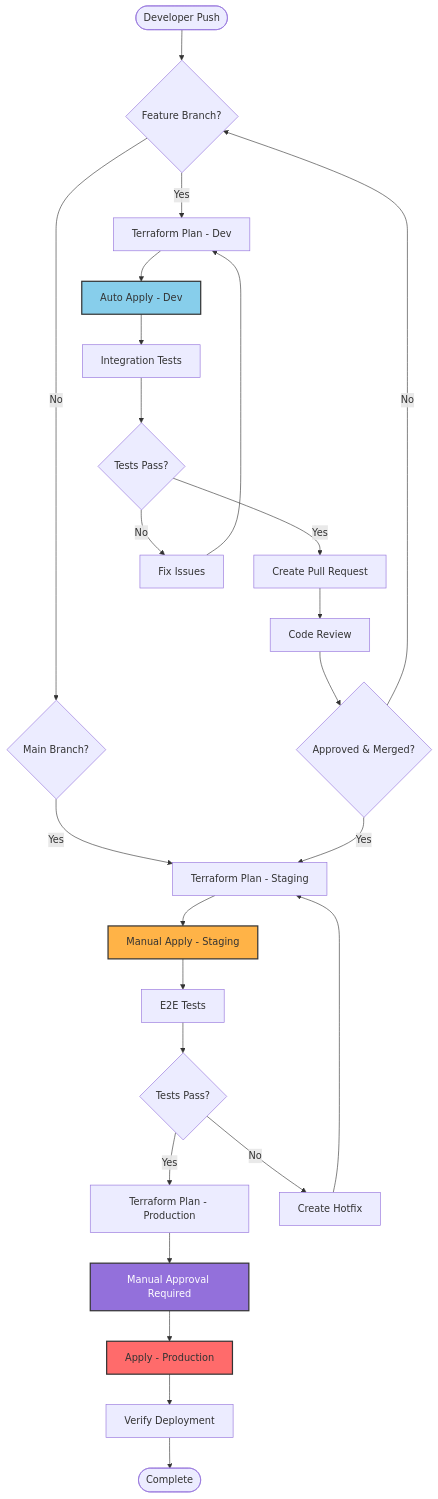
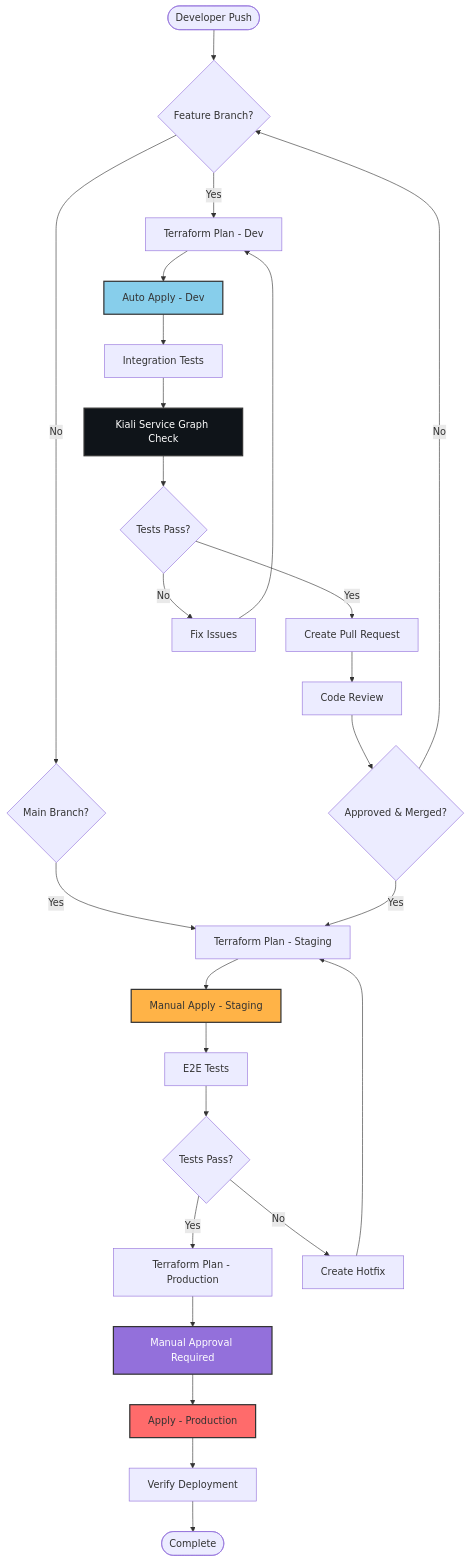
One commit to Saoudyahya/Ecommerce-App-Terraform-config changed the sixth of 9 diagrams in README.md. Above: the diagram before and after it, drawn with Mermaid. The commit also changed other lines of this file, not shown here.

````diff
--- a/README.md
+++ b/README.md
@@ -504,41 +571,43 @@
 ```mermaid
 flowchart TD
     START([Developer Push]) --> FEATURE{Feature Branch?}
     
     FEATURE -->|Yes| DEV_PLAN[Terraform Plan - Dev]
     FEATURE -->|No| MAIN{Main Branch?}
     
     DEV_PLAN --> DEV_APPLY[Auto Apply - Dev]
     DEV_APPLY --> DEV_TEST[Integration Tests]
-    DEV_TEST --> DEV_SUCCESS{Tests Pass?}
+    DEV_TEST --> KIALI_CHECK[Kiali Service Graph Check]
+    KIALI_CHECK --> DEV_SUCCESS{Tests Pass?}
     
     DEV_SUCCESS -->|Yes| PR[Create Pull Request]
     DEV_SUCCESS -->|No| FIX[Fix Issues]
     FIX --> DEV_PLAN
     
     MAIN -->|Yes| STAGE_PLAN[Terraform Plan - Staging]
     
     PR --> REVIEW[Code Review]
     REVIEW --> MERGE{Approved & Merged?}
     MERGE -->|Yes| STAGE_PLAN
     MERGE -->|No| FEATURE
     
     STAGE_PLAN --> STAGE_APPLY[Manual Apply - Staging]
     STAGE_APPLY --> STAGE_TEST[E2E Tests]
     STAGE_TEST --> STAGE_SUCCESS{Tests Pass?}
     
     STAGE_SUCCESS -->|Yes| PROD_PLAN[Terraform Plan - Production]
     STAGE_SUCCESS -->|No| HOTFIX[Create Hotfix]
     
     PROD_PLAN --> APPROVAL[Manual Approval Required]
     APPROVAL --> PROD_APPLY[Apply - Production]
     PROD_APPLY --> PROD_VERIFY[Verify Deployment]
     PROD_VERIFY --> END([Complete])
     
     HOTFIX --> STAGE_PLAN
     
     style DEV_APPLY fill:#87CEEB,stroke:#333,stroke-width:2px
     style STAGE_APPLY fill:#FFB347,stroke:#333,stroke-width:2px
     style PROD_APPLY fill:#FF6B6B,stroke:#333,stroke-width:2px
     style APPROVAL fill:#9370DB,stroke:#333,stroke-width:2px,color:#fff
+    style KIALI_CHECK fill:#0F1419,stroke:#333,stroke-width:2px,color:#fff
 ```
````
